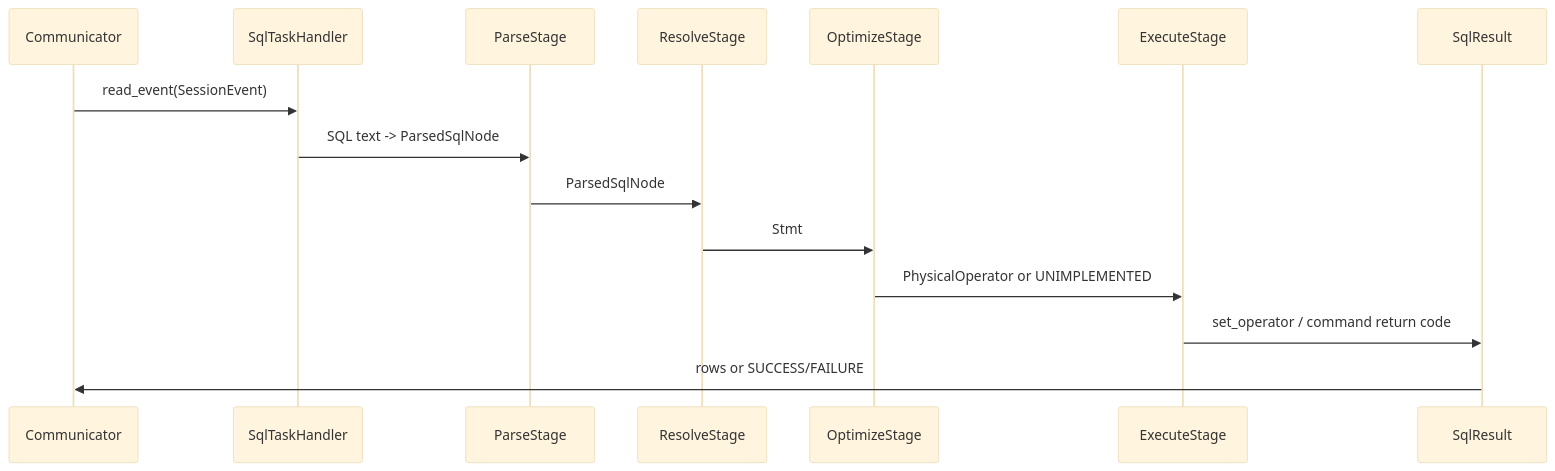
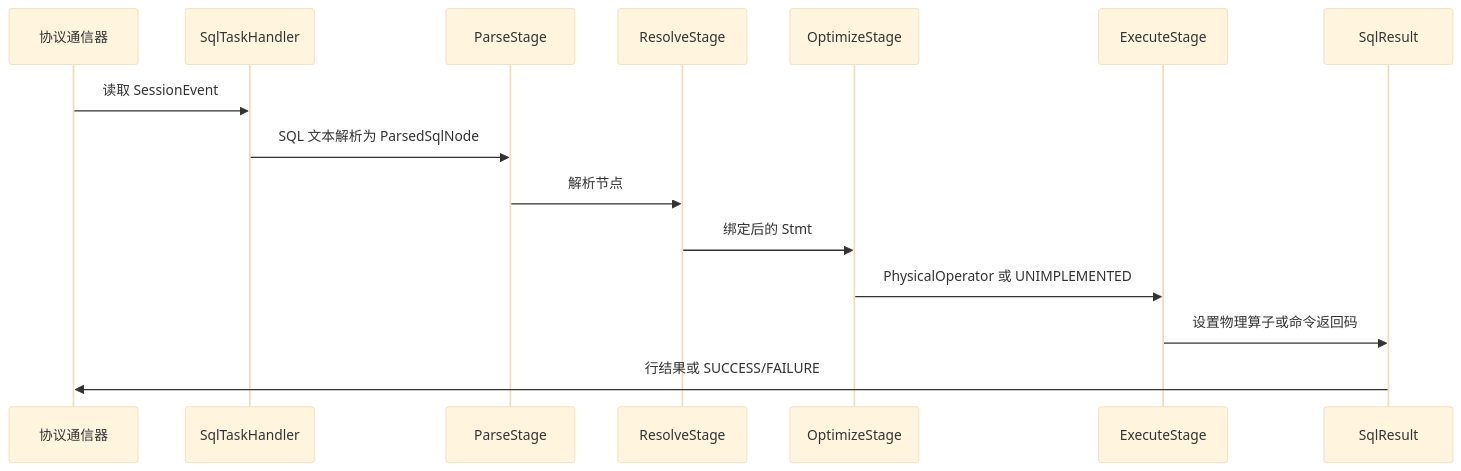
Before and after one commit to HyosungSink/MiniOB: the second of 4 diagrams in Architecture.md, drawn with Mermaid (base theme). The commit also changed other lines of this file, not shown here.

Commit message:
Translate architecture document

````diff
--- a/Architecture.md
+++ b/Architecture.md
@@ -119,18 +111,18 @@
 ```mermaid
 sequenceDiagram
-  participant C as Communicator
+  participant C as 协议通信器
   participant H as SqlTaskHandler
   participant P as ParseStage
   participant R as ResolveStage
   participant O as OptimizeStage
   participant E as ExecuteStage
   participant S as SqlResult
 
-  C->>H: read_event(SessionEvent)
-  H->>P: SQL text -> ParsedSqlNode
-  P->>R: ParsedSqlNode
-  R->>O: Stmt
-  O->>E: PhysicalOperator or UNIMPLEMENTED
-  E->>S: set_operator / command return code
-  S->>C: rows or SUCCESS/FAILURE
+  C->>H: 读取 SessionEvent
+  H->>P: SQL 文本解析为 ParsedSqlNode
+  P->>R: 解析节点
+  R->>O: 绑定后的 Stmt
+  O->>E: PhysicalOperator 或 UNIMPLEMENTED
+  E->>S: 设置物理算子或命令返回码
+  S->>C: 行结果或 SUCCESS/FAILURE
 ```
````
